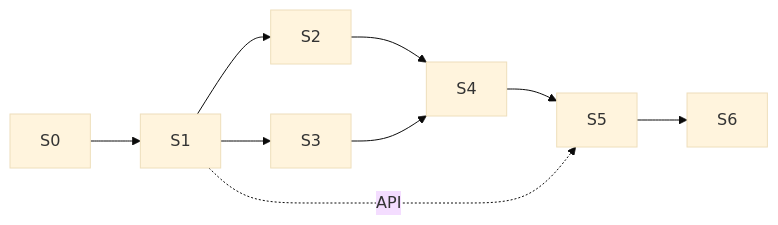
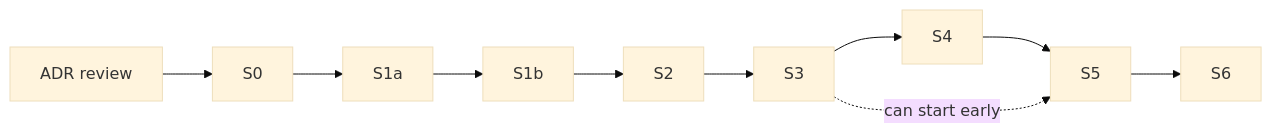
Before and after one commit to Artexs/email_assistant: the diagram in docs/roadmap.md, drawn with Mermaid (base theme). The commit also changed other lines of this file and 33 other files, not shown here.

Commit message:
docs: apply MVP review fixes — IMAP first (ADR 0010), own Postgres in Compose (0011), LLM data/cost rules (0012); architecture, modules, roadmap, brief Q9–Q11, code-patterns; slices S0–S6 (S1a/S1b split); review task done

````diff
--- a/docs/roadmap.md
+++ b/docs/roadmap.md
@@ -46,11 +52,12 @@
 ```mermaid
 graph LR
-    S0 --> S1
-    S1 --> S2
-    S1 --> S3
-    S2 --> S4
+    R[ADR review] --> S0
+    S0 --> S1a
+    S1a --> S1b
+    S1b --> S2
+    S2 --> S3
     S3 --> S4
     S4 --> S5
-    S1 -.API.-> S5
+    S3 -.can start early.-> S5
     S5 --> S6
 ```
````
